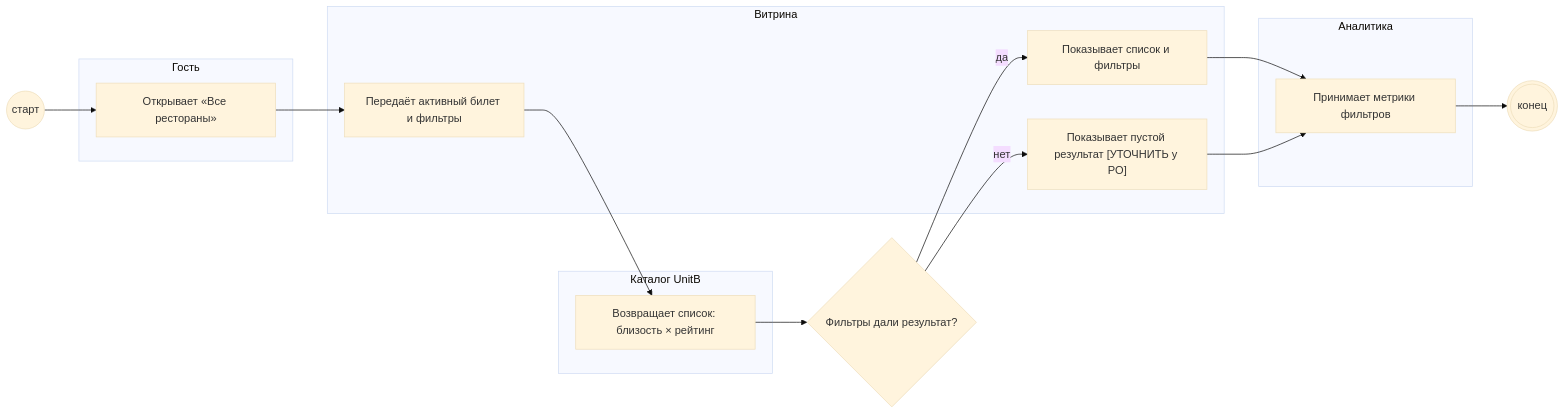
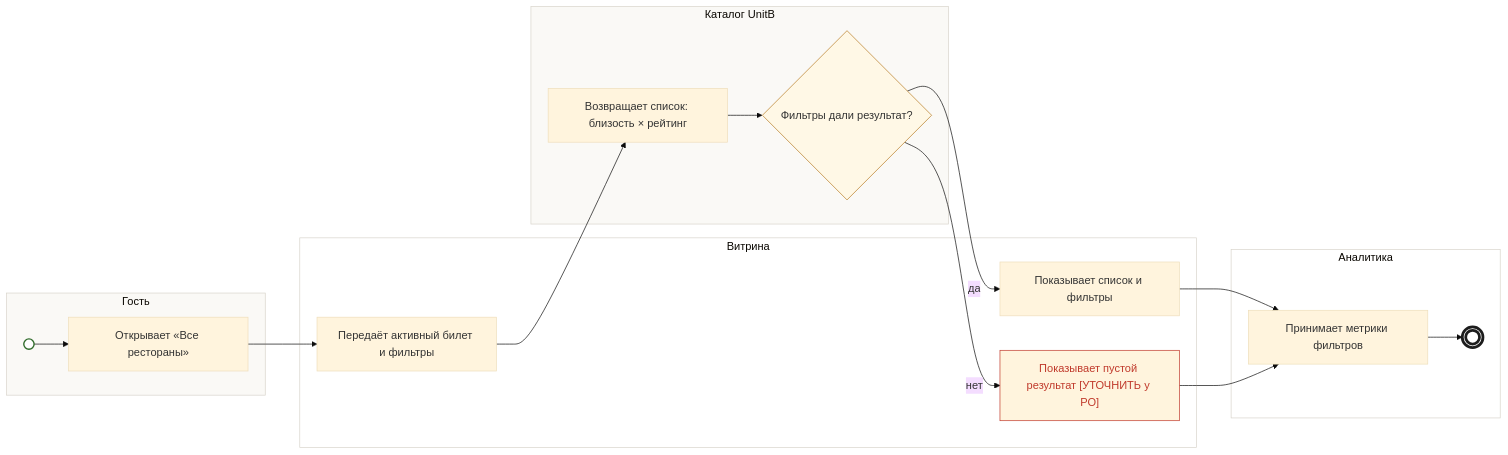
One commit to po-helper-org/poh-blueprint-writer changed the diagram in skills/bft-blueprint/examples/dineclub-restart-blueprint/backlog/tasks/bp-8.1 - Список-показывает-всех-участников-с-фильтрами.md. Above: the diagram before and after it, drawn with Mermaid (base theme). The commit also changed 79 other files, not shown here.

First line of the commit message:
Карточка «Как это работает»: компактная заметка, схема mermaid, «Уточнить», источники

````diff
--- a/skills/bft-blueprint/examples/dineclub-restart-blueprint/backlog/tasks/bp-8.1 - Список-показывает-всех-участников-с-фильтрами.md
+++ b/skills/bft-blueprint/examples/dineclub-restart-blueprint/backlog/tasks/bp-8.1 - Список-показывает-всех-участников-с-фильтрами.md
@@ -46,29 +46,41 @@
 ```mermaid
 flowchart LR
-  S(("старт"))
   subgraph L1["Гость"]
+    S((" "))
     N1["Открывает «Все рестораны»"]
   end
   subgraph L2["Витрина"]
     N2["Передаёт активный билет и фильтры"]
     N5["Показывает список и фильтры"]
     N6["Показывает пустой результат [УТОЧНИТЬ у PO]"]
   end
   subgraph L3["Каталог UnitB"]
     N3["Возвращает список: близость × рейтинг"]
+    G4{"Фильтры дали результат?"}
   end
   subgraph L4["Аналитика"]
     N7["Принимает метрики фильтров"]
+    E(((" ")))
   end
-  G4{"Фильтры дали результат?"}
-  E((("конец")))
   S --> N1
   N1 --> N2
   N2 --> N3
   N3 --> G4
   G4 -- да --> N5
   G4 -- нет --> N6
   N5 --> N7
   N6 --> N7
   N7 --> E
+  classDef start fill:#fff,stroke:#2f6b2a,stroke-width:2px
+  classDef stop fill:#fff,stroke:#1c1c1c,stroke-width:4px
+  classDef gw fill:#fff8e6,stroke:#b7791f
+  classDef ask color:#c0392b,stroke:#c0392b
+  class S start
+  class E stop
+  class G4 gw
+  class N6 ask
+  style L1 fill:#faf9f6,stroke:#d8d4cb
+  style L2 fill:#ffffff,stroke:#d8d4cb
+  style L3 fill:#faf9f6,stroke:#d8d4cb
+  style L4 fill:#ffffff,stroke:#d8d4cb
 ```
````
